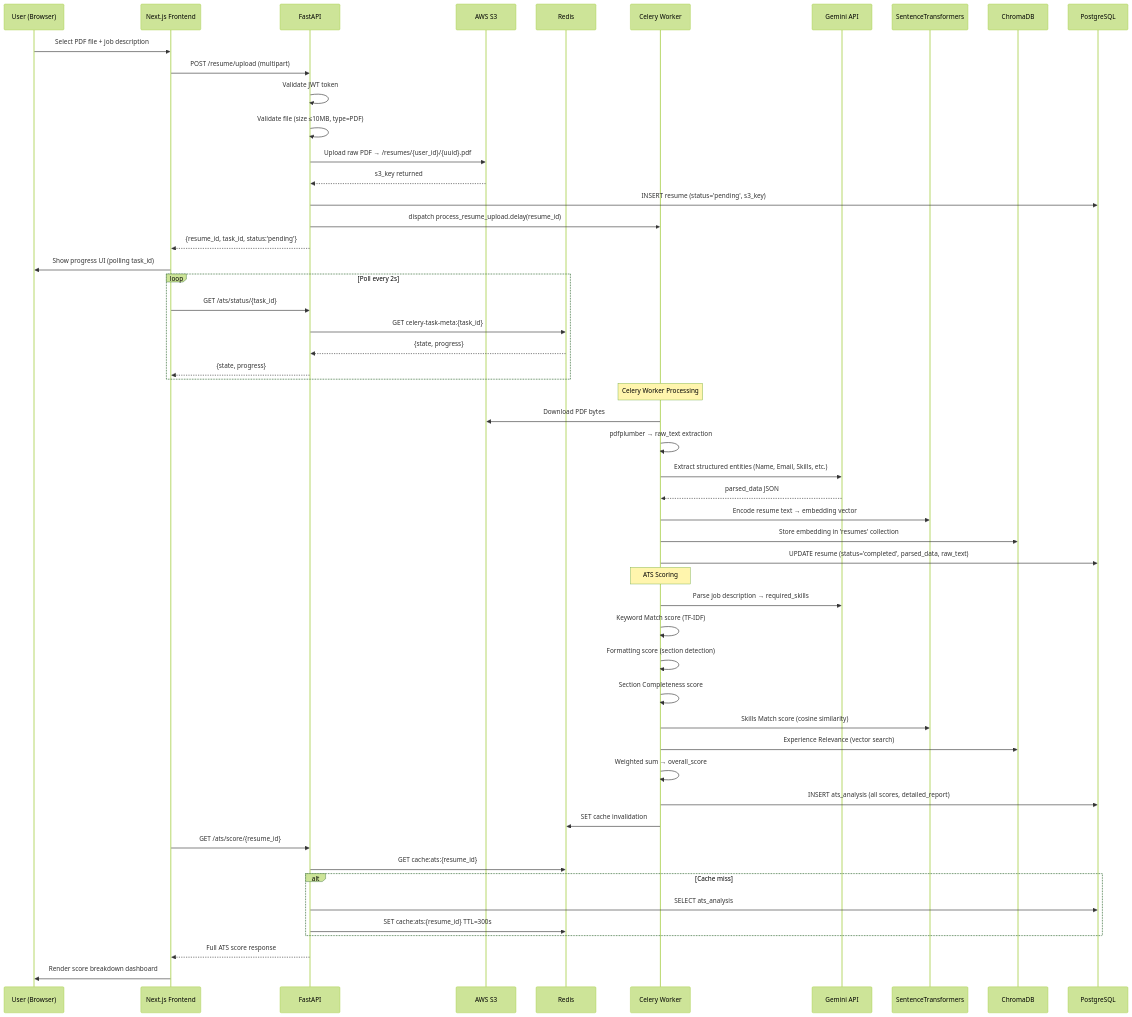
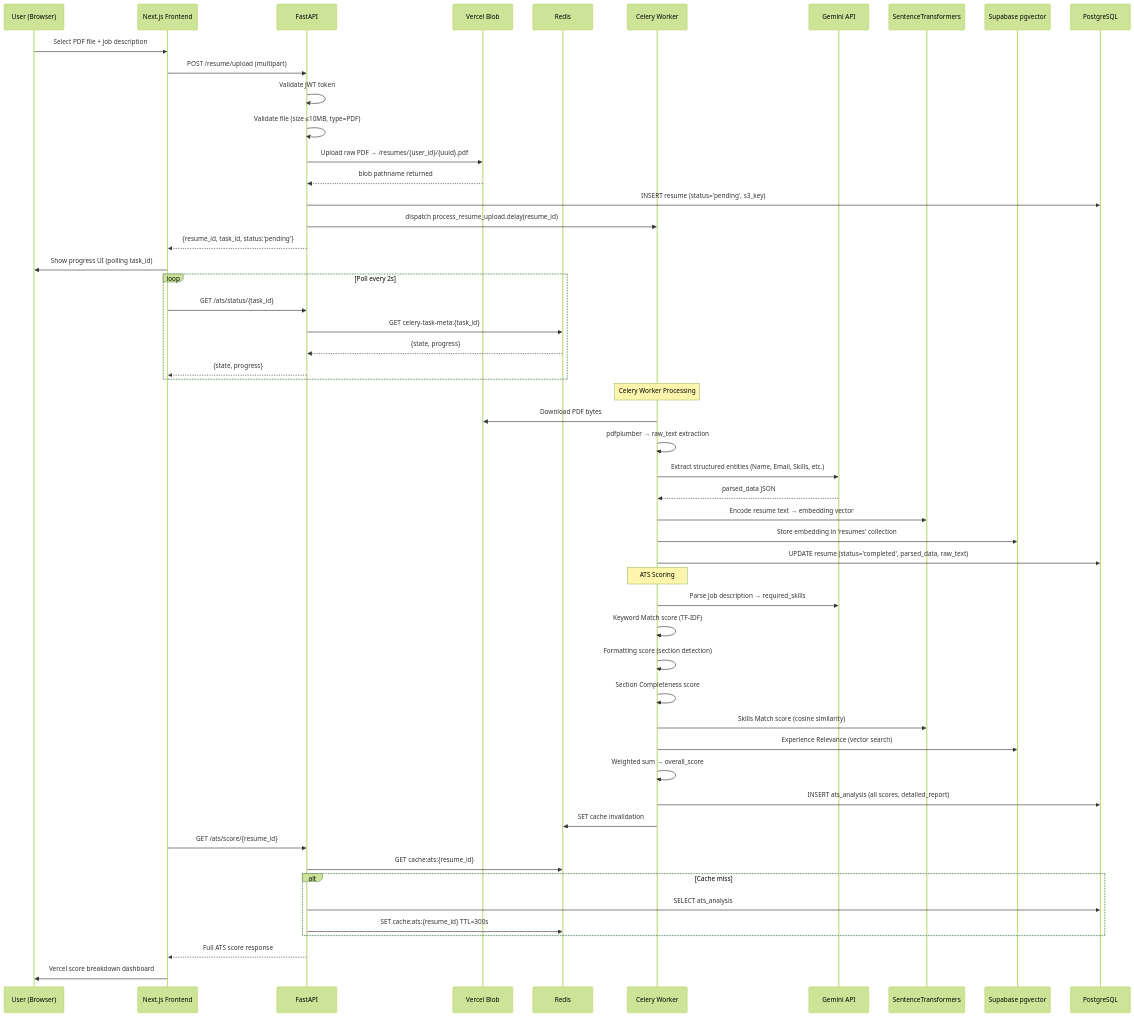
The second of 6 diagrams in docs/architecture.md (tirthch25/SmartHire-AI), drawn with Mermaid (forest theme) before and after one commit. The commit also changed other lines of this file and 168 other files, not shown here.

Commit message:
feat: connect SmartHire to Supabase and Vercel

````diff
--- a/docs/architecture.md
+++ b/docs/architecture.md
@@ -91,60 +91,60 @@
 ```mermaid
 sequenceDiagram
     participant U as User (Browser)
     participant N as Next.js Frontend
     participant F as FastAPI
-    participant S3 as AWS S3
+    participant S3 as Vercel Blob
     participant R as Redis
     participant C as Celery Worker
     participant G as Gemini API
     participant ST as SentenceTransformers
-    participant CH as ChromaDB
+    participant CH as Supabase pgvector
     participant DB as PostgreSQL
 
     U->>N: Select PDF file + job description
     N->>F: POST /resume/upload (multipart)
     F->>F: Validate JWT token
     F->>F: Validate file (size ≤10MB, type=PDF)
     F->>S3: Upload raw PDF → /resumes/{user_id}/{uuid}.pdf
-    S3-->>F: s3_key returned
+    S3-->>F: blob pathname returned
     F->>DB: INSERT resume (status='pending', s3_key)
     F->>C: dispatch process_resume_upload.delay(resume_id)
     F-->>N: {resume_id, task_id, status:'pending'}
     N->>U: Show progress UI (polling task_id)
 
     loop Poll every 2s
         N->>F: GET /ats/status/{task_id}
         F->>R: GET celery-task-meta:{task_id}
         R-->>F: {state, progress}
         F-->>N: {state, progress}
     end
 
     Note over C: Celery Worker Processing
     C->>S3: Download PDF bytes
     C->>C: pdfplumber → raw_text extraction
     C->>G: Extract structured entities (Name, Email, Skills, etc.)
     G-->>C: parsed_data JSON
     C->>ST: Encode resume text → embedding vector
     C->>CH: Store embedding in 'resumes' collection
     C->>DB: UPDATE resume (status='completed', parsed_data, raw_text)
 
     Note over C: ATS Scoring
     C->>G: Parse job description → required_skills
     C->>C: Keyword Match score (TF-IDF)
     C->>C: Formatting score (section detection)
     C->>C: Section Completeness score
     C->>ST: Skills Match score (cosine similarity)
     C->>CH: Experience Relevance (vector search)
     C->>C: Weighted sum → overall_score
     C->>DB: INSERT ats_analysis (all scores, detailed_report)
     C->>R: SET cache invalidation
 
     N->>F: GET /ats/score/{resume_id}
     F->>R: GET cache:ats:{resume_id}
     alt Cache miss
         F->>DB: SELECT ats_analysis
         F->>R: SET cache:ats:{resume_id} TTL=300s
     end
     F-->>N: Full ATS score response
-    N->>U: Render score breakdown dashboard
+    N->>U: Vercel score breakdown dashboard
 ```
````
